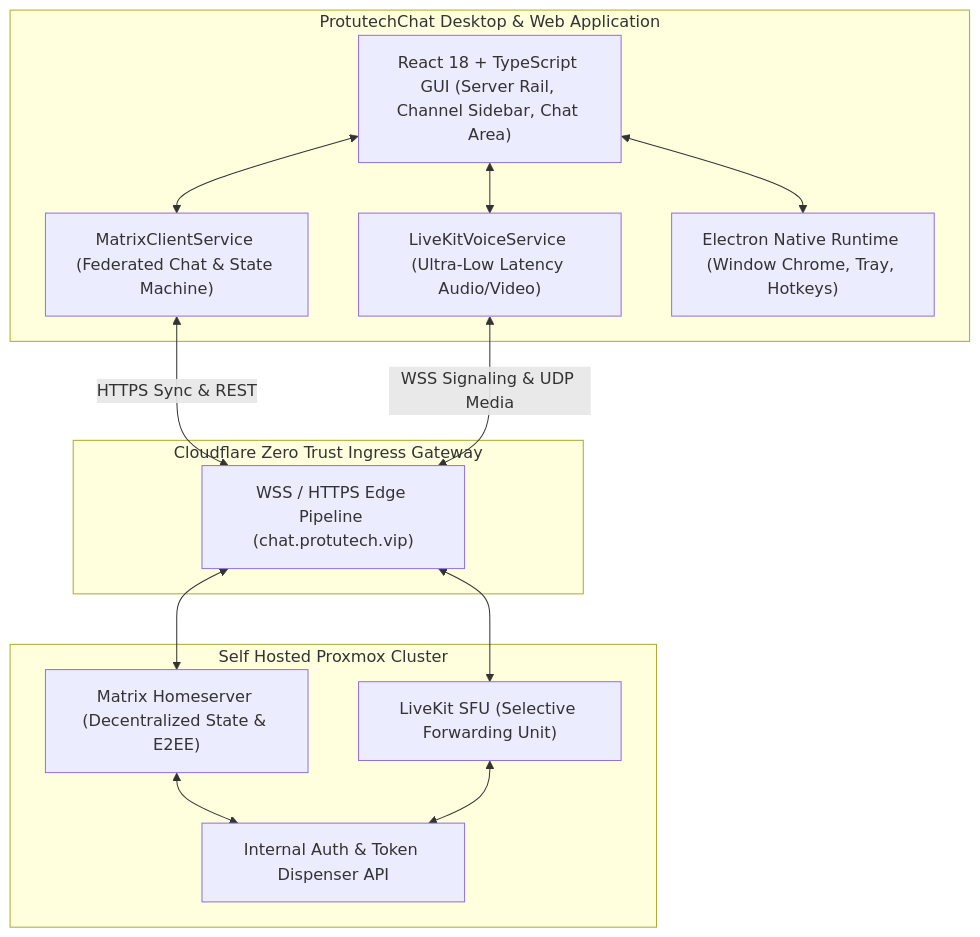
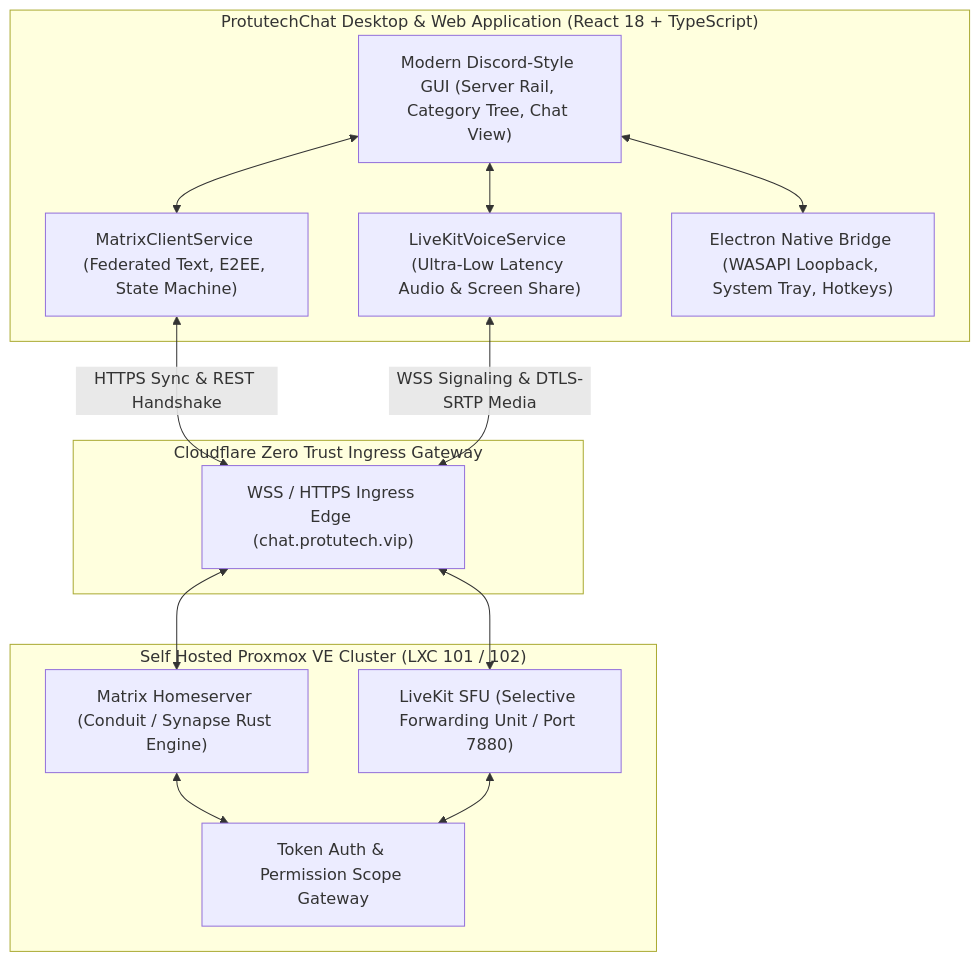
Before and after one commit to IAndrexI/documentation: the first of 2 diagrams in docs/apps/protutechchat/index.md, drawn with Mermaid. The commit also changed other lines of this file and 14 other files, not shown here.

````diff
--- a/docs/apps/protutechchat/index.md
+++ b/docs/apps/protutechchat/index.md
@@ -7,31 +9,31 @@
 ```mermaid
 graph TD
-    subgraph ClientHost["ProtutechChat Desktop & Web Application"]
-        UI["React 18 + TypeScript GUI (Server Rail, Channel Sidebar, Chat Area)"]
-        MatrixSvc["MatrixClientService (Federated Chat & State Machine)"]
-        VoiceSvc["LiveKitVoiceService (Ultra-Low Latency Audio/Video)"]
-        ElectronHost["Electron Native Runtime (Window Chrome, Tray, Hotkeys)"]
+    subgraph ClientHost["ProtutechChat Desktop & Web Application (React 18 + TypeScript)"]
+        UI["Modern Discord-Style GUI (Server Rail, Category Tree, Chat View)"]
+        MatrixSvc["MatrixClientService (Federated Text, E2EE, State Machine)"]
+        VoiceSvc["LiveKitVoiceService (Ultra-Low Latency Audio & Screen Share)"]
+        ElectronIPC["Electron Native Bridge (WASAPI Loopback, System Tray, Hotkeys)"]
 
         UI <--> MatrixSvc
         UI <--> VoiceSvc
-        UI <--> ElectronHost
+        UI <--> ElectronIPC
     end
 
     subgraph EdgeIngress["Cloudflare Zero Trust Ingress Gateway"]
-        CF_WSS["WSS / HTTPS Edge Pipeline (chat.protutech.vip)"]
+        CF_WSS["WSS / HTTPS Ingress Edge (chat.protutech.vip)"]
     end
 
-    subgraph BackendCluster["Self Hosted Proxmox Cluster"]
-        Synapse["Matrix Homeserver (Decentralized State & E2EE)"]
-        LiveKitServer["LiveKit SFU (Selective Forwarding Unit)"]
-        AuthBridge["Internal Auth & Token Dispenser API"]
+    subgraph ProxmoxBackend["Self Hosted Proxmox VE Cluster (LXC 101 / 102)"]
+        ConduitServer["Matrix Homeserver (Conduit / Synapse Rust Engine)"]
+        LiveKitSFU["LiveKit SFU (Selective Forwarding Unit / Port 7880)"]
+        TokenAuthBridge["Token Auth & Permission Scope Gateway"]
 
-        Synapse <--> AuthBridge
-        LiveKitServer <--> AuthBridge
+        ConduitServer <--> TokenAuthBridge
+        LiveKitSFU <--> TokenAuthBridge
     end
 
-    MatrixSvc <-->|HTTPS Sync & REST| CF_WSS
-    VoiceSvc <-->|WSS Signaling & UDP Media| CF_WSS
-    CF_WSS <--> Synapse
-    CF_WSS <--> LiveKitServer
+    MatrixSvc <-->|HTTPS Sync & REST Handshake| CF_WSS
+    VoiceSvc <-->|WSS Signaling & DTLS-SRTP Media| CF_WSS
+    CF_WSS <--> ConduitServer
+    CF_WSS <--> LiveKitSFU
 ```
````
